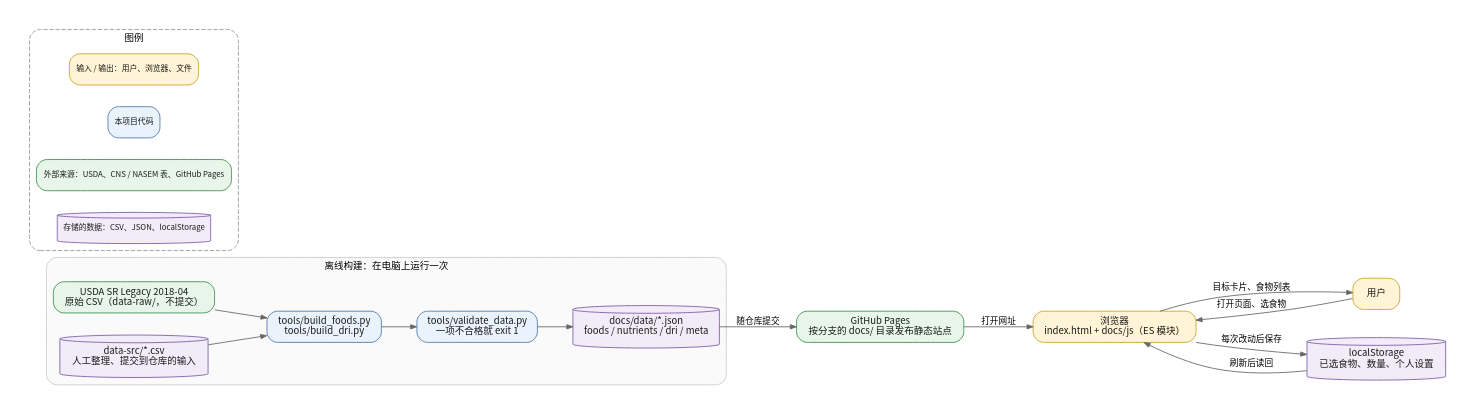
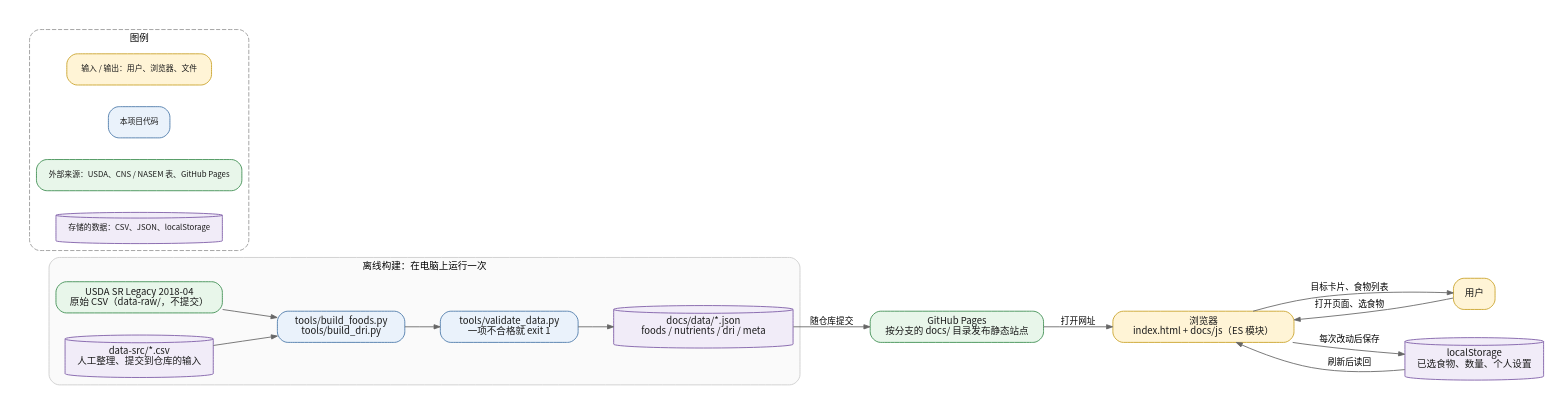
The diagram in documentation/diagrams/overview.dot (hairrrrr/micronutrients-tracker), drawn with Graphviz before and after one commit. The commit also changed 15 other files, not shown here.

```diff
--- a/documentation/diagrams/overview.dot
+++ b/documentation/diagrams/overview.dot
@@ -1,49 +1,49 @@
 // overview.dot - generated by documentation/diagrams/build.mjs.
 // Edit the script, then run: npm run docs:diagrams
 digraph overview {
   graph [rankdir=LR, compound=true, fontname="Noto Sans CJK SC", fontsize=12,
          bgcolor="white", pad="0.25", nodesep="0.35", ranksep="0.55"];
   node [fontname="Noto Sans CJK SC", fontsize=11, margin="0.16,0.09"];
   edge [fontname="Noto Sans CJK SC", fontsize=10, arrowsize=0.7];
 
   subgraph cluster_offline {
     label="离线构建：在电脑上运行一次";
     fontsize=11;
     style="rounded,filled";
     color="#CCCCCC";
     fillcolor="#FAFAFA";
-  usda [label="USDA SR Legacy 2018-04\n原始 CSV（data-raw/，不提交）", fillcolor="#E8F6EA", color="#3C8D4F", fontcolor="#1B1B1B", shape=box, style="rounded,filled"];
-  src [label="data-src/*.csv\n人工整理、提交到仓库的输入", fillcolor="#F1ECF8", color="#7D5BA6", fontcolor="#1B1B1B", shape=cylinder, style="filled"];
-  build [label="tools/build_foods.py\ntools/build_dri.py", fillcolor="#EAF2FB", color="#4A78A8", fontcolor="#1B1B1B", shape=box, style="rounded,filled"];
-  validate [label="tools/validate_data.py\n一项不合格就 exit 1", fillcolor="#EAF2FB", color="#4A78A8", fontcolor="#1B1B1B", shape=box, style="rounded,filled"];
-  json [label="docs/data/*.json\nfoods / nutrients / dri / meta", fillcolor="#F1ECF8", color="#7D5BA6", fontcolor="#1B1B1B", shape=cylinder, style="filled"];
+  usda [label="USDA SR Legacy 2018-04\n原始 CSV（data-raw/，不提交）", fillcolor="#E8F6EA", color="#3C8D4F", fontcolor="#1B1B1B", shape=box, width=2.67, fixedsize=false, style="rounded,filled"];
+  src [label="data-src/*.csv\n人工整理、提交到仓库的输入", fillcolor="#F1ECF8", color="#7D5BA6", fontcolor="#1B1B1B", shape=cylinder, width=2.35, fixedsize=false, style="filled"];
+  build [label="tools/build_foods.py\ntools/build_dri.py", fillcolor="#EAF2FB", color="#4A78A8", fontcolor="#1B1B1B", shape=box, width=2.04, fixedsize=false, style="rounded,filled"];
+  validate [label="tools/validate_data.py\n一项不合格就 exit 1", fillcolor="#EAF2FB", color="#4A78A8", fontcolor="#1B1B1B", shape=box, width=2.21, fixedsize=false, style="rounded,filled"];
+  json [label="docs/data/*.json\nfoods / nutrients / dri / meta", fillcolor="#F1ECF8", color="#7D5BA6", fontcolor="#1B1B1B", shape=cylinder, width=2.88, fixedsize=false, style="filled"];
   usda -> build [color="#666666"];
   src -> build [color="#666666"];
   build -> validate [color="#666666"];
   validate -> json [color="#666666"];
   }
 
-  pages [label="GitHub Pages\n按分支的 docs/ 目录发布静态站点", fillcolor="#E8F6EA", color="#3C8D4F", fontcolor="#1B1B1B", shape=box, style="rounded,filled"];
-  browser [label="浏览器\nindex.html + docs/js（ES 模块）", fillcolor="#FFF4D6", color="#C9A227", fontcolor="#1B1B1B", shape=box, style="rounded,filled"];
-  user [label="用户", fillcolor="#FFF4D6", color="#C9A227", fontcolor="#1B1B1B", shape=box, style="rounded,filled"];
-  store [label="localStorage\n已选食物、数量、个人设置", fillcolor="#F1ECF8", color="#7D5BA6", fontcolor="#1B1B1B", shape=cylinder, style="filled"];
+  pages [label="GitHub Pages\n按分支的 docs/ 目录发布静态站点", fillcolor="#E8F6EA", color="#3C8D4F", fontcolor="#1B1B1B", shape=box, width=2.78, fixedsize=false, style="rounded,filled"];
+  browser [label="浏览器\nindex.html + docs/js（ES 模块）", fillcolor="#FFF4D6", color="#C9A227", fontcolor="#1B1B1B", shape=box, width=2.90, fixedsize=false, style="rounded,filled"];
+  user [label="用户", fillcolor="#FFF4D6", color="#C9A227", fontcolor="#1B1B1B", shape=box, width=0.67, fixedsize=false, style="rounded,filled"];
+  store [label="localStorage\n已选食物、数量、个人设置", fillcolor="#F1ECF8", color="#7D5BA6", fontcolor="#1B1B1B", shape=cylinder, width=2.19, fixedsize=false, style="filled"];
 
   json -> pages [color="#666666", label="随仓库提交"];
   pages -> browser [color="#666666", label="打开网址"];
   user -> browser [color="#666666", label="打开页面、选食物"];
   browser -> store [color="#666666", label="每次改动后保存"];
   store -> browser [color="#666666", label="刷新后读回"];
   browser -> user [color="#666666", label="目标卡片、食物列表"];
   subgraph cluster_legend {
     label="图例";
     fontsize=11;
     style="rounded,dashed";
     color="#999999";
     node [fontname="Noto Sans CJK SC", margin="0.10,0.05"];
-    legend_input [label="输入 / 输出：用户、浏览器、文件", fillcolor="#FFF4D6", color="#C9A227", fontcolor="#1B1B1B", shape=box, style="rounded,filled", fontsize=9];
-    legend_code [label="本项目代码", fillcolor="#EAF2FB", color="#4A78A8", fontcolor="#1B1B1B", shape=box, style="rounded,filled", fontsize=9];
-    legend_source [label="外部来源：USDA、CNS / NASEM 表、GitHub Pages", fillcolor="#E8F6EA", color="#3C8D4F", fontcolor="#1B1B1B", shape=box, style="rounded,filled", fontsize=9];
-    legend_stored [label="存储的数据：CSV、JSON、localStorage", fillcolor="#F1ECF8", color="#7D5BA6", fontcolor="#1B1B1B", shape=cylinder, style="filled", fontsize=9];
+    legend_input [label="输入 / 输出：用户、浏览器、文件", fillcolor="#FFF4D6", color="#C9A227", fontcolor="#1B1B1B", shape=box, style="rounded,filled", fontsize=9, width=2.32, fixedsize=false];
+    legend_code [label="本项目代码", fillcolor="#EAF2FB", color="#4A78A8", fontcolor="#1B1B1B", shape=box, style="rounded,filled", fontsize=9, width=0.98, fixedsize=false];
+    legend_source [label="外部来源：USDA、CNS / NASEM 表、GitHub Pages", fillcolor="#E8F6EA", color="#3C8D4F", fontcolor="#1B1B1B", shape=box, style="rounded,filled", fontsize=9, width=3.29, fixedsize=false];
+    legend_stored [label="存储的数据：CSV、JSON、localStorage", fillcolor="#F1ECF8", color="#7D5BA6", fontcolor="#1B1B1B", shape=cylinder, style="filled", fontsize=9, width=2.67, fixedsize=false];
     { rank=same; legend_input; legend_code; legend_source; legend_stored; }
   }
 }
```
